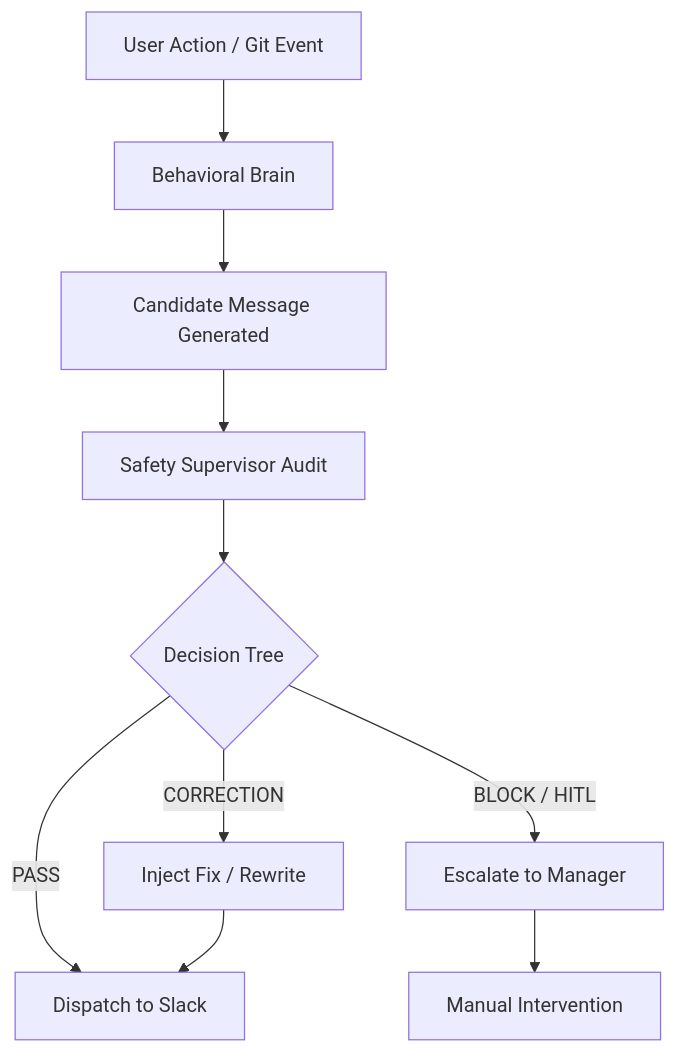
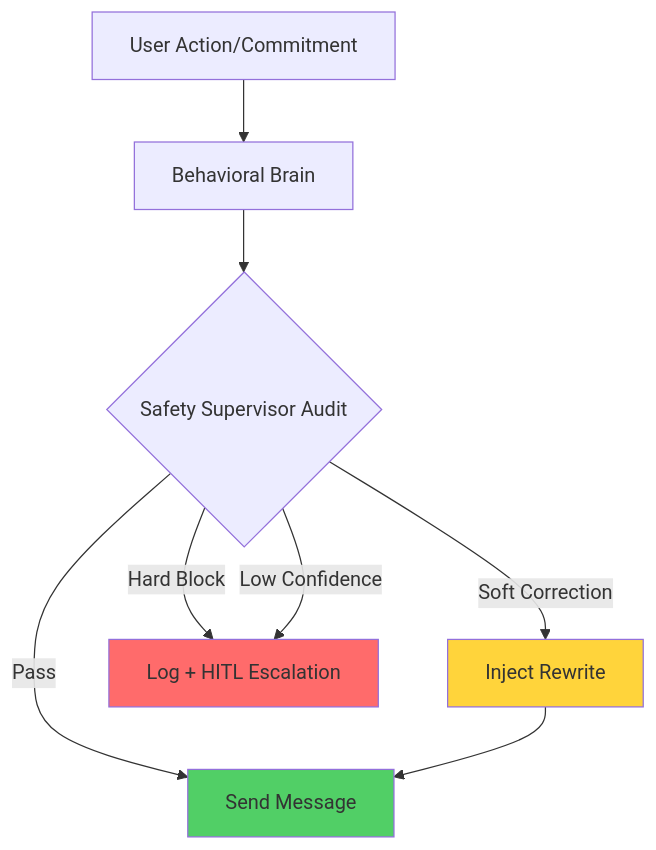
Before and after one commit to daretechie/CommitVigil: the diagram in docs/overviews/customization.md, drawn with Mermaid. The commit also changed other lines of this file and 1 other file, not shown here.

Commit message:
Docs: Update Customization and Ethics guides with Advanced Safety features

````diff
--- a/docs/overviews/customization.md
+++ b/docs/overviews/customization.md
@@ -35,13 +35,14 @@
 ```mermaid
 graph TD
-    A["User Action / Git Event"] --> B["Behavioral Brain"]
-    B --> C["Candidate Message Generated"]
-    C --> D["Safety Supervisor Audit"]
-    D --> E{Decision Tree}
-    
-    E -- "PASS" --> F["Dispatch to Slack"]
-    E -- "CORRECTION" --> G["Inject Fix / Rewrite"]
-    G --> F
-    E -- "BLOCK / HITL" --> H["Escalate to Manager"]
-    H --> I["Manual Intervention"]
+    A[User Action/Commitment] --> B[Behavioral Brain]
+    B --> C{Safety Supervisor Audit}
+    C -->|Pass| D[Send Message]
+    C -->|Soft Correction| E[Inject Rewrite]
+    E --> D
+    C -->|Hard Block| F[Log + HITL Escalation]
+    C -->|Low Confidence| F
+
+    style F fill:#ff6b6b
+    style D fill:#51cf66
+    style E fill:#ffd43b
 ```
````
